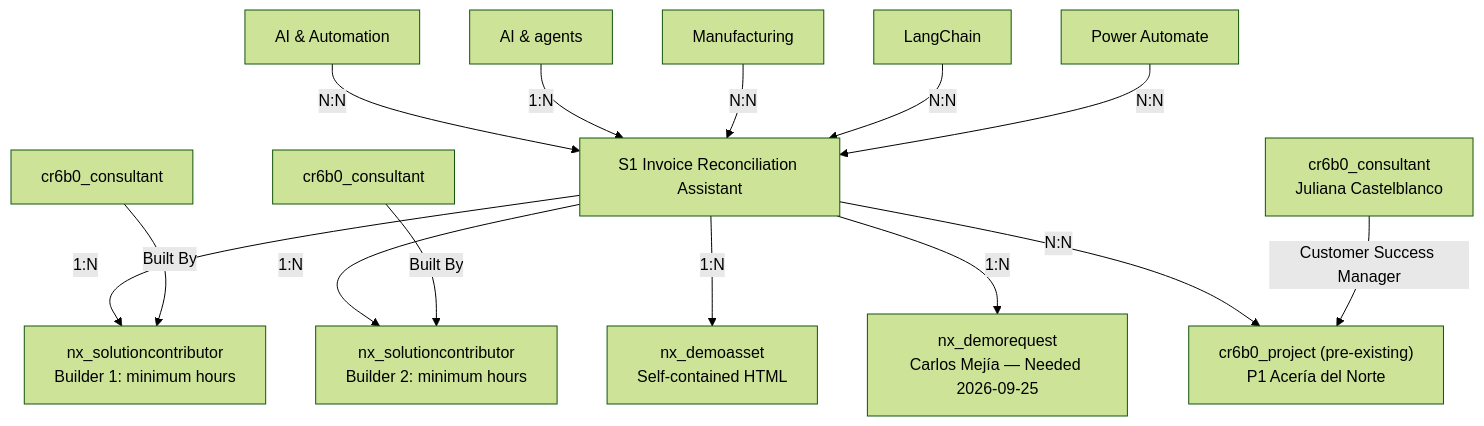
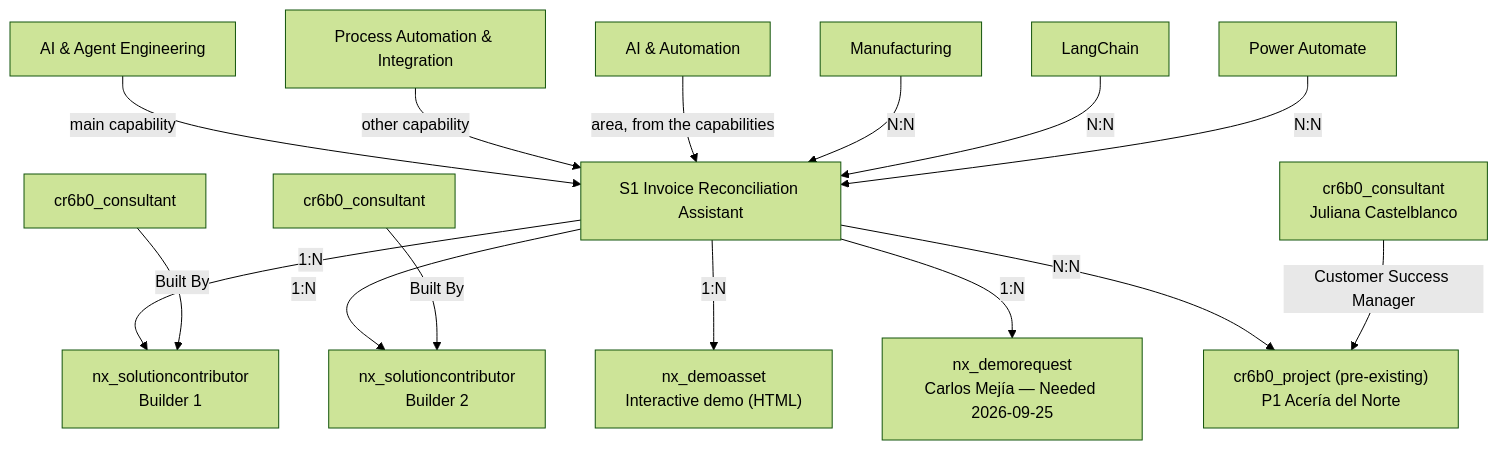
Before and after one commit to lpreciado-nextant/PRISMA: the third of 3 diagrams in docs/data_model/SchemaV2.md, drawn with Mermaid (forest theme). The commit also changed other lines of this file and 2 other files, not shown here.

````diff
--- a/docs/data_model/SchemaV2.md
+++ b/docs/data_model/SchemaV2.md
@@ -735,19 +688,20 @@
 ```mermaid
 graph TD
     S1["S1 Invoice Reconciliation Assistant"]
 
-    SA1[AI & Automation] -- N:N --> S1
-    CAP1[AI & agents] -- 1:N --> S1
+    CAP1[AI & Agent Engineering] -- "main capability" --> S1
+    CAP2[Process Automation & Integration] -- "other capability" --> S1
+    SA1[AI & Automation] -- "area, from the capabilities" --> S1
     IND1[Manufacturing] -- N:N --> S1
     TECH1[LangChain] -- N:N --> S1
     TECH2[Power Automate] -- N:N --> S1
 
-    S1 -- 1:N --> SC1["nx_solutioncontributor<br/>Builder 1: minimum hours"]
-    S1 -- 1:N --> SC2["nx_solutioncontributor<br/>Builder 2: minimum hours"]
+    S1 -- 1:N --> SC1["nx_solutioncontributor<br/>Builder 1"]
+    S1 -- 1:N --> SC2["nx_solutioncontributor<br/>Builder 2"]
     Builder1[cr6b0_consultant] -- "Built By" --> SC1
     Builder2[cr6b0_consultant] -- "Built By" --> SC2
-    S1 -- 1:N --> DA1["nx_demoasset<br/>Self-contained HTML"]
+    S1 -- 1:N --> DA1["nx_demoasset<br/>Interactive demo (HTML)"]
     S1 -- 1:N --> DR1["nx_demorequest<br/>Carlos Mejía — Needed 2026-09-25"]
     S1 -- N:N --> P1["cr6b0_project (pre-existing)<br/>P1 Acería del Norte"]
     Owner["cr6b0_consultant<br/>Juliana Castelblanco"] -- "Customer Success Manager" --> P1
 ```
````
